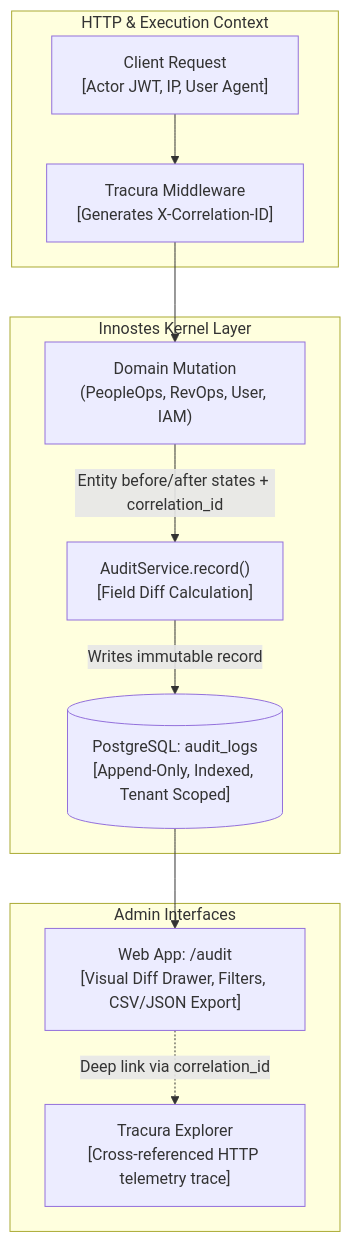
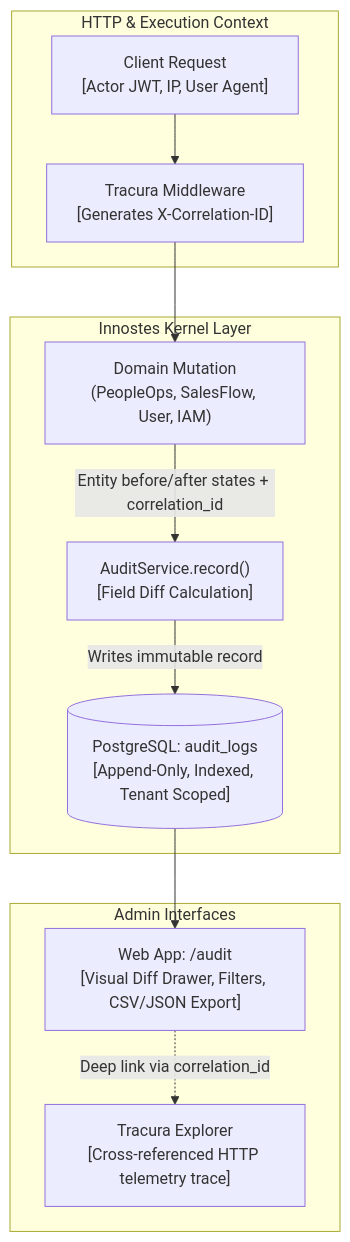
One commit to innostes-dev/erp changed the diagram in apps/landing/content/dev-docs/architecture/audit-trail.mdx. Above: the diagram before and after it, drawn with Mermaid. The commit also changed 94 other files, not shown here.

````diff
--- a/apps/landing/content/dev-docs/architecture/audit-trail.mdx
+++ b/apps/landing/content/dev-docs/architecture/audit-trail.mdx
@@ -23,25 +23,25 @@
 ```mermaid
 flowchart TD
   subgraph RequestContext["HTTP & Execution Context"]
     ClientReq["Client Request\n[Actor JWT, IP, User Agent]"]
     TracuraMid["Tracura Middleware\n[Generates X-Correlation-ID]"]
   end
 
   subgraph KernelEngine["Innostes Kernel Layer"]
-    DomainAction["Domain Mutation\n(PeopleOps, RevOps, User, IAM)"]
+    DomainAction["Domain Mutation\n(PeopleOps, SalesFlow, User, IAM)"]
     AuditService["AuditService.record()\n[Field Diff Calculation]"]
     AuditLedger[("PostgreSQL: audit_logs\n[Append-Only, Indexed, Tenant Scoped]")]
   end
 
   subgraph Presentation["Admin Interfaces"]
     AdminPanel["Web App: /audit\n[Visual Diff Drawer, Filters, CSV/JSON Export]"]
     TracuraTrace["Tracura Explorer\n[Cross-referenced HTTP telemetry trace]"]
   end
 
   ClientReq --> TracuraMid
   TracuraMid --> DomainAction
   DomainAction -->|Entity before/after states + correlation_id| AuditService
   AuditService -->|Writes immutable record| AuditLedger
   AuditLedger --> AdminPanel
   AdminPanel -.->|Deep link via correlation_id| TracuraTrace
 ```
````
